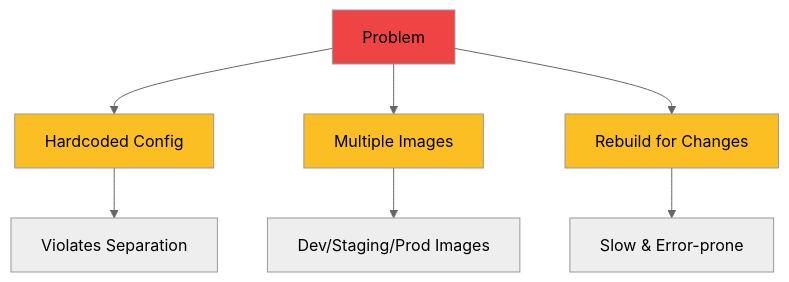
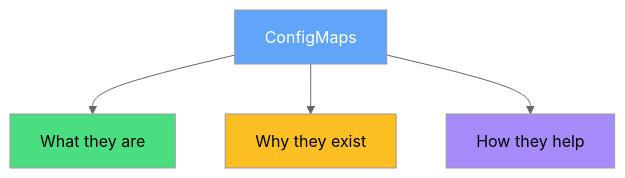
The first of 6 diagrams in slides/configmaps/slides.md (courselabs/kubernetes), drawn with Mermaid (neutral theme) before and after one commit. The commit also changed other lines of this file and 7 other files, not shown here.

````diff
--- a/slides/configmaps/slides.md
+++ b/slides/configmaps/slides.md
@@ -23,13 +31,11 @@
 ```mermaid
 graph TB
-    P[Problem] --> H[Hardcoded Config]
-    P --> M[Multiple Images]
-    P --> R[Rebuild for Changes]
-    H --> V[Violates Separation]
-    M --> D[Dev/Staging/Prod Images]
-    R --> S[Slow & Error-prone]
-    style P fill:#ef4444
-    style H fill:#fbbf24
-    style M fill:#fbbf24
-    style R fill:#fbbf24
+    CM[ConfigMaps]
+    CM --> W[What they are]
+    CM --> WH[Why they exist]
+    CM --> H[How they help]
+    style CM fill:#60a5fa,color:#fff
+    style W fill:#4ade80
+    style WH fill:#fbbf24
+    style H fill:#a78bfa
 ```
````
